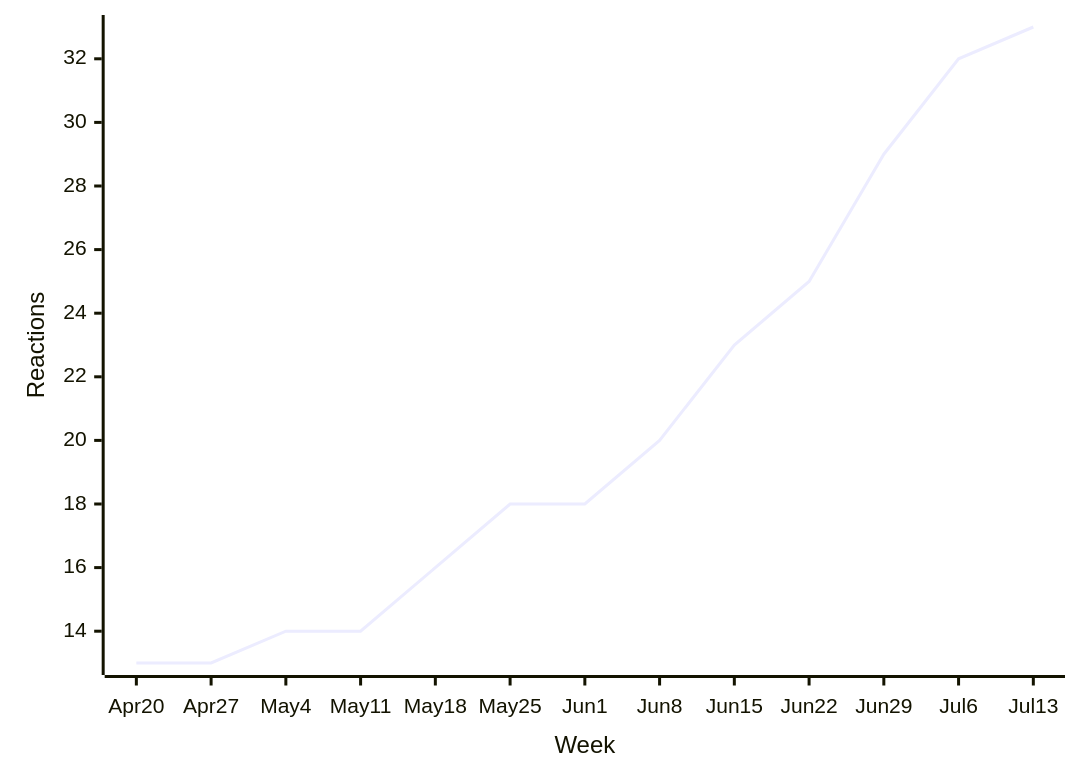
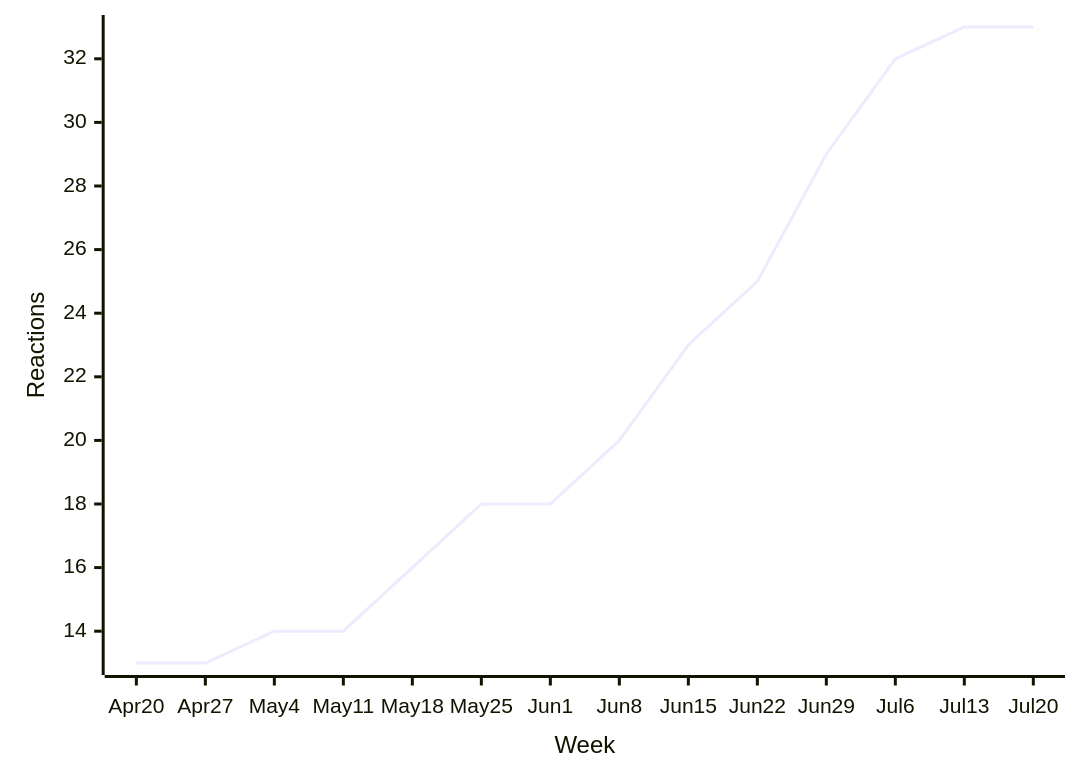
The sixth of 48 diagrams in README.md (loic-sharma/github-insights), drawn with Mermaid before and after one commit. The commit also changed other lines of this file and 3 other files, not shown here.

````diff
--- a/README.md
+++ b/README.md
@@ -424,6 +424,6 @@
   ```mermaid
   xychart-beta
-    x-axis "Week" [Apr 20, Apr 27, May 4, May 11, May 18, May 25, Jun 1, Jun 8, Jun 15, Jun 22, Jun 29, Jul 6, Jul 13]
+    x-axis "Week" [Apr 20, Apr 27, May 4, May 11, May 18, May 25, Jun 1, Jun 8, Jun 15, Jun 22, Jun 29, Jul 6, Jul 13, Jul 20]
     y-axis "Reactions"
-    line [13, 13, 14, 14, 16, 18, 18, 20, 23, 25, 29, 32, 33]
+    line [13, 13, 14, 14, 16, 18, 18, 20, 23, 25, 29, 32, 33, 33]
   ```
````
